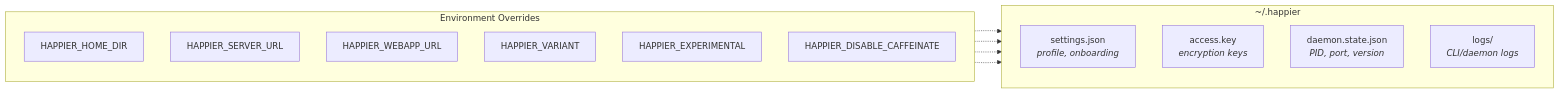
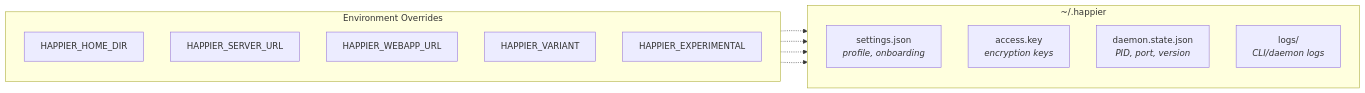
Before and after one commit to ATCBK/happier: the third of 12 diagrams in docs/cli-architecture.md, drawn with Mermaid. The commit also changed other lines of this file and 12 other files, not shown here.

First line of the commit message:
wip(architecture-docs): checkpoint architecture docs work

````diff
--- a/docs/cli-architecture.md
+++ b/docs/cli-architecture.md
@@ -1500,22 +1828,21 @@
 ```mermaid
 graph LR
     subgraph "~/.happier"
         direction TB
         settings["settings.json<br/><i>profile, onboarding</i>"]
         access["access.key<br/><i>encryption keys</i>"]
         daemon["daemon.state.json<br/><i>PID, port, version</i>"]
         logs["logs/<br/><i>CLI/daemon logs</i>"]
     end
 
     subgraph "Environment Overrides"
         direction TB
         E1[HAPPIER_HOME_DIR]
         E2[HAPPIER_SERVER_URL]
         E3[HAPPIER_WEBAPP_URL]
         E4[HAPPIER_VARIANT]
         E5[HAPPIER_EXPERIMENTAL]
-        E6[HAPPIER_DISABLE_CAFFEINATE]
     end
 
     E1 -.-> settings & access & daemon & logs
 ```
````
